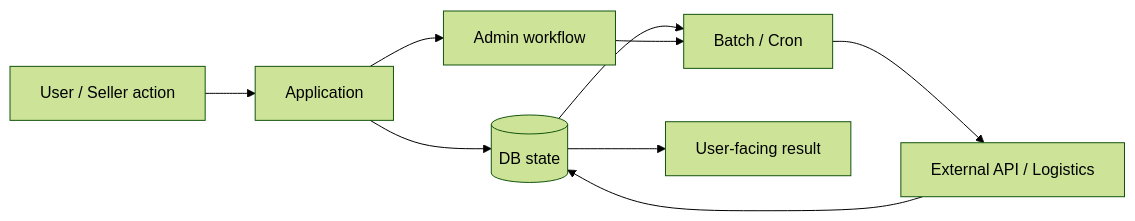
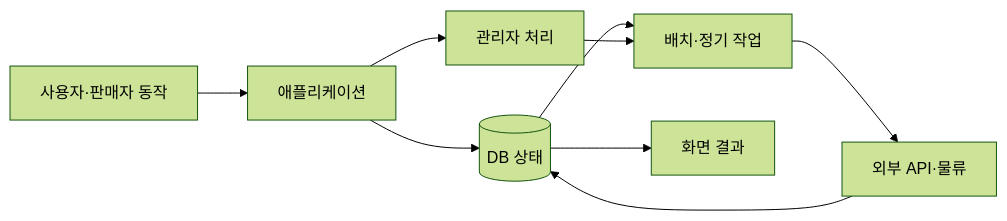
The diagram in cases/commerce-change-impact.md (tomtomjskim/portfolio), drawn with Mermaid (forest theme) before and after one commit. The commit also changed other lines of this file and 12 other files, not shown here.

````diff
--- a/cases/commerce-change-impact.md
+++ b/cases/commerce-change-impact.md
@@ -19,11 +19,11 @@
 ```mermaid
 flowchart LR
-    U[User / Seller action] --> A[Application]
-    A --> D[(DB state)]
-    A --> W[Admin workflow]
-    D --> B[Batch / Cron]
+    U[사용자·판매자 동작] --> A[애플리케이션]
+    A --> D[(DB 상태)]
+    A --> W[관리자 처리]
+    D --> B[배치·정기 작업]
     W --> B
-    B --> X[External API / Logistics]
+    B --> X[외부 API·물류]
     X --> D
-    D --> R[User-facing result]
+    D --> R[화면 결과]
 ```
````
